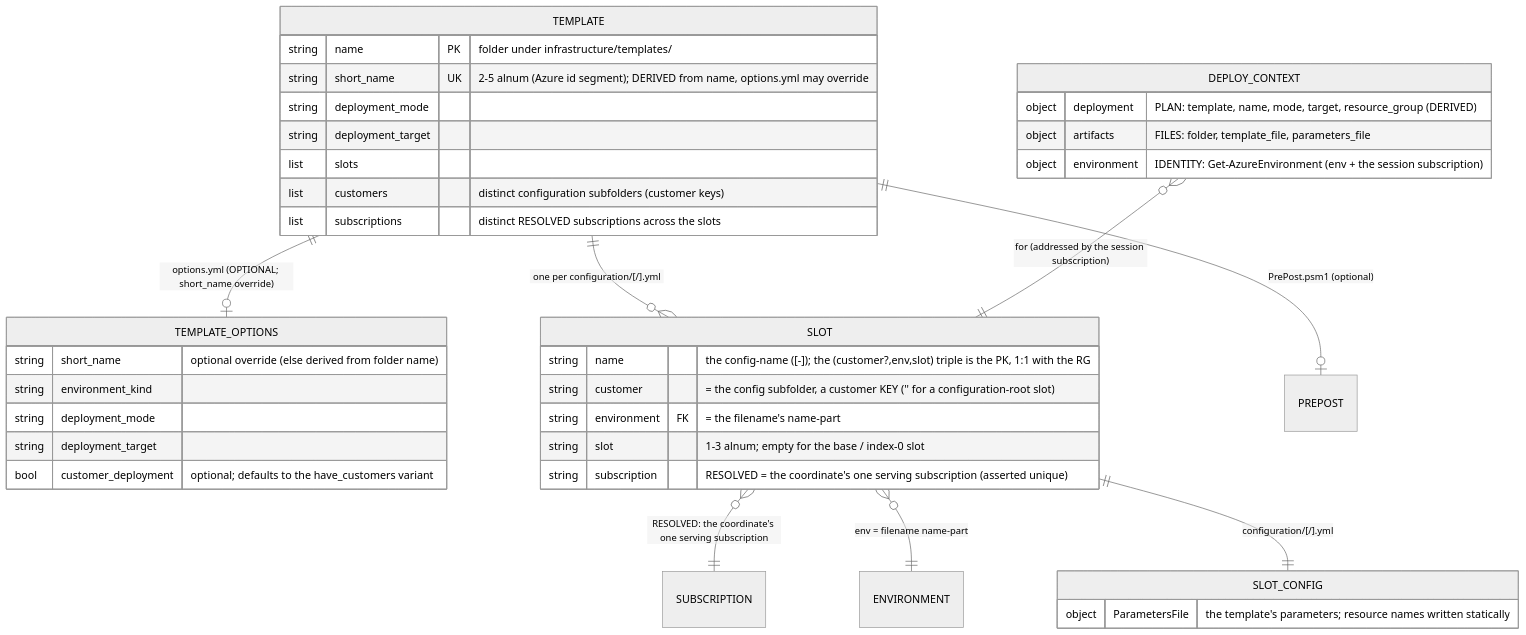
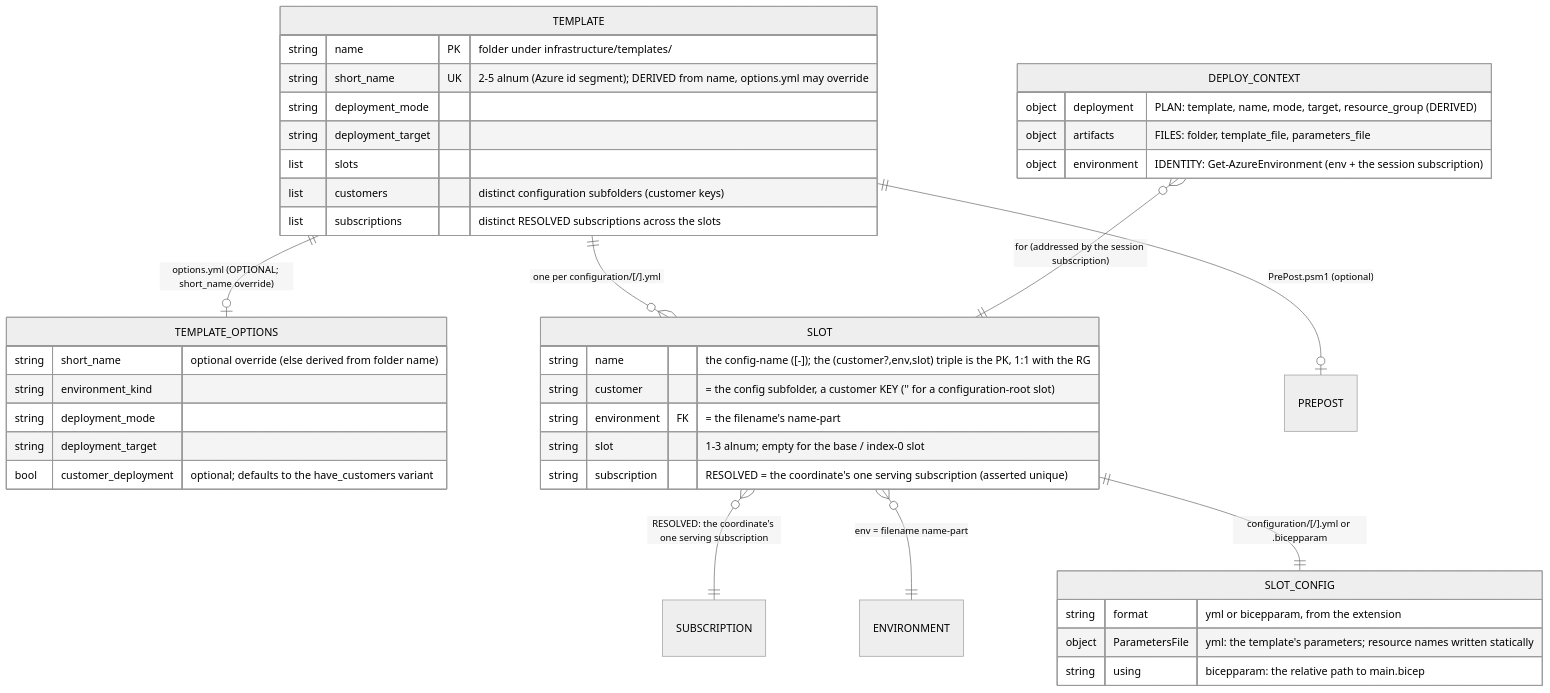
The second of 2 diagrams in docs/adr/azure/azure-data-model.md (casperease/catzc), drawn with Mermaid (neutral theme) before and after one commit. The commit also changed other lines of this file and 478 other files, not shown here.

````diff
--- a/docs/adr/azure/azure-data-model.md
+++ b/docs/adr/azure/azure-data-model.md
@@ -255,42 +278,44 @@
 ```mermaid
 erDiagram
     TEMPLATE ||--o| TEMPLATE_OPTIONS : "options.yml (OPTIONAL; short_name override)"
     TEMPLATE ||--o{ SLOT            : "one per configuration/[<customer>/]<config>.yml"
     TEMPLATE ||--o| PREPOST         : "PrePost.psm1 (optional)"
     SLOT     }o--|| SUBSCRIPTION     : "RESOLVED: the coordinate's one serving subscription"
     SLOT     }o--|| ENVIRONMENT     : "env = filename name-part"
     DEPLOY_CONTEXT }o--|| SLOT       : "for (addressed by the session subscription)"
-    SLOT     ||--|| SLOT_CONFIG      : "configuration/[<customer>/]<config>.yml"
+    SLOT     ||--|| SLOT_CONFIG      : "configuration/[<customer>/]<config>.yml or .bicepparam"
 
     TEMPLATE {
         string name       PK "folder under infrastructure/templates/"
         string short_name UK "2-5 alnum (Azure id segment); DERIVED from name, options.yml may override"
         string deployment_mode
         string deployment_target
         list   slots
         list   customers "distinct configuration subfolders (customer keys)"
         list   subscriptions "distinct RESOLVED subscriptions across the slots"
     }
     TEMPLATE_OPTIONS {
         string short_name      "optional override (else derived from folder name)"
         string environment_kind
         string deployment_mode
         string deployment_target
         bool   customer_deployment "optional; defaults to the have_customers variant"
     }
     SLOT {
         string name         "the config-name (<env>[-<slot>]); the (customer?,env,slot) triple is the PK, 1:1 with the RG"
         string customer     "= the config subfolder, a customer KEY ('' for a configuration-root slot)"
         string environment  FK "= the filename's name-part"
         string slot         "1-3 alnum; empty for the base / index-0 slot"
         string subscription "RESOLVED = the coordinate's one serving subscription (asserted unique)"
     }
     SLOT_CONFIG {
-        object ParametersFile "the template's parameters; resource names written statically"
+        string format         "yml or bicepparam, from the extension"
+        object ParametersFile "yml: the template's parameters; resource names written statically"
+        string using          "bicepparam: the relative path to main.bicep"
     }
     DEPLOY_CONTEXT {
         object deployment  "PLAN: template, name, mode, target, resource_group (DERIVED)"
         object artifacts   "FILES: folder, template_file, parameters_file"
         object environment "IDENTITY: Get-AzureEnvironment (env + the session subscription)"
     }
 ```
````
